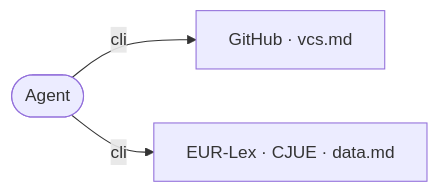
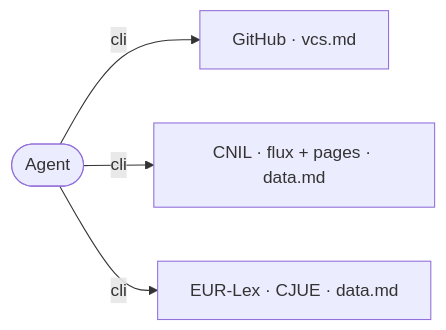
The diagram in aidd_docs/memory/ecosystem.md (Beccariavf/vitrine), drawn with Mermaid before and after one commit. The commit also changed 2 other files, not shown here.

Commit message:
docs(memory): reflect the CNIL page source

````diff
--- a/aidd_docs/memory/ecosystem.md
+++ b/aidd_docs/memory/ecosystem.md
@@ -3,9 +3,11 @@
 ```mermaid
 flowchart LR
   Agent([Agent])
   Vcs["GitHub · vcs.md"]
+  Cnil["CNIL · flux + pages · data.md"]
   Cjeu["EUR-Lex · CJUE · data.md"]
 
   Agent -- cli --> Vcs
+  Agent -- cli --> Cnil
   Agent -- cli --> Cjeu
 ```
````
